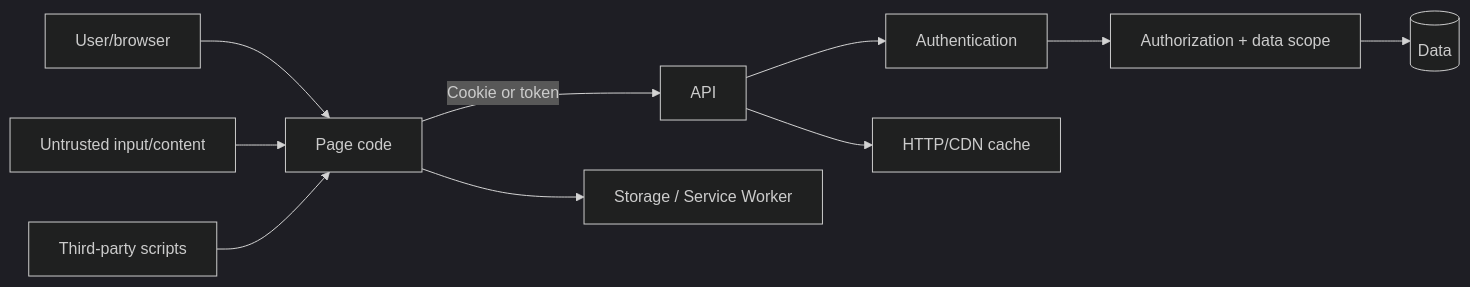
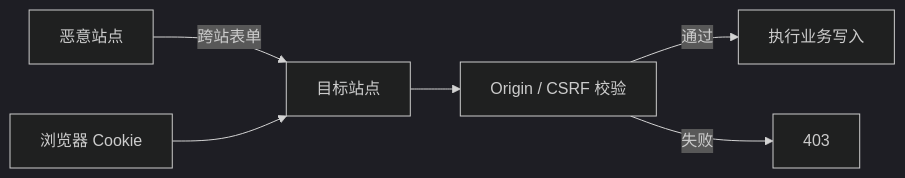
The diagram in docs/frontend/browser-security.md (upJiang/jiang-blog-vitepress), drawn with Mermaid (dark theme) before and after one commit. The commit also changed other lines of this file and 164 other files, not shown here.

````diff
--- a/docs/frontend/browser-security.md
+++ b/docs/frontend/browser-security.md
@@ -19,12 +22,8 @@
 ```mermaid
 flowchart LR
-  U[User/browser] --> P[Page code]
-  X[Untrusted input/content] --> P
-  T[Third-party scripts] --> P
-  P -->|Cookie or token| A[API]
-  A --> Z[Authentication]
-  Z --> R[Authorization + data scope]
-  R --> D[(Data)]
-  A --> C[HTTP/CDN cache]
-  P --> S[Storage / Service Worker]
+  B[恶意站点] -->|跨站表单| A[目标站点]
+  C[浏览器 Cookie] --> A
+  A --> V[Origin / CSRF 校验]
+  V -->|通过| W[执行业务写入]
+  V -->|失败| R[403]
 ```
````
